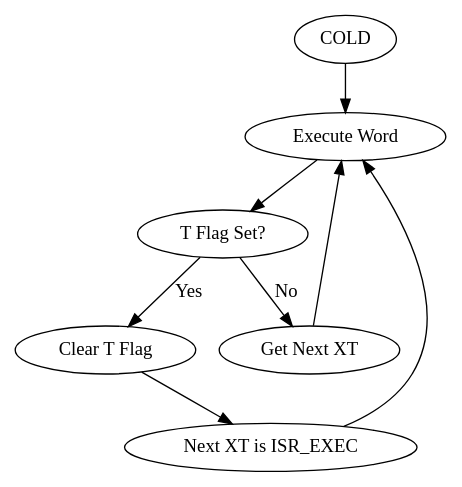
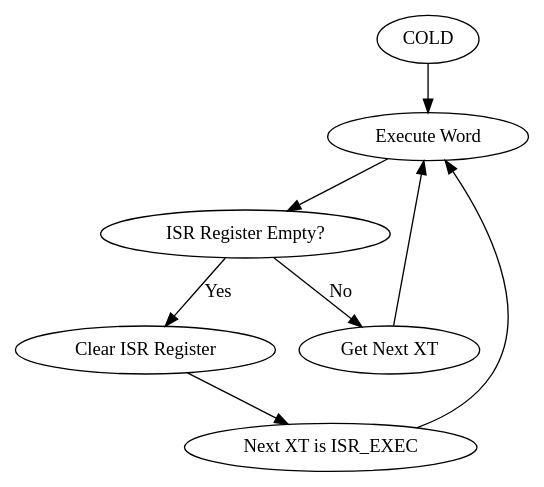
One commit to snowyu/amforth changed the diagram in doc/source/TG/AVR8.rst. Above: the diagram before and after it, drawn with Graphviz. The commit also changed other lines of this file and 40 other files, not shown here.

```diff
--- a/doc/source/TG/AVR8.rst
+++ b/doc/source/TG/AVR8.rst
@@ -273,9 +272,9 @@
 .. digraph:: InnerInterpreter
 
    "COLD" -> "Execute Word"
-   "Execute Word" -> "T Flag Set?";
-   "T Flag Set?" -> "Clear T Flag" [label="Yes"];
-   "T Flag Set?" -> "Get Next XT" [label="No"];
+   "Execute Word" -> "ISR Register Empty?";
+   "ISR Register Empty?" -> "Clear ISR Register" [label="Yes"];
+   "ISR Register Empty?" -> "Get Next XT" [label="No"];
    "Get Next XT" -> "Execute Word";
-   "Clear T Flag" -> "Next XT is ISR_EXEC";
+   "Clear ISR Register" -> "Next XT is ISR_EXEC";
    "Next XT is ISR_EXEC" -> "Execute Word";
```
